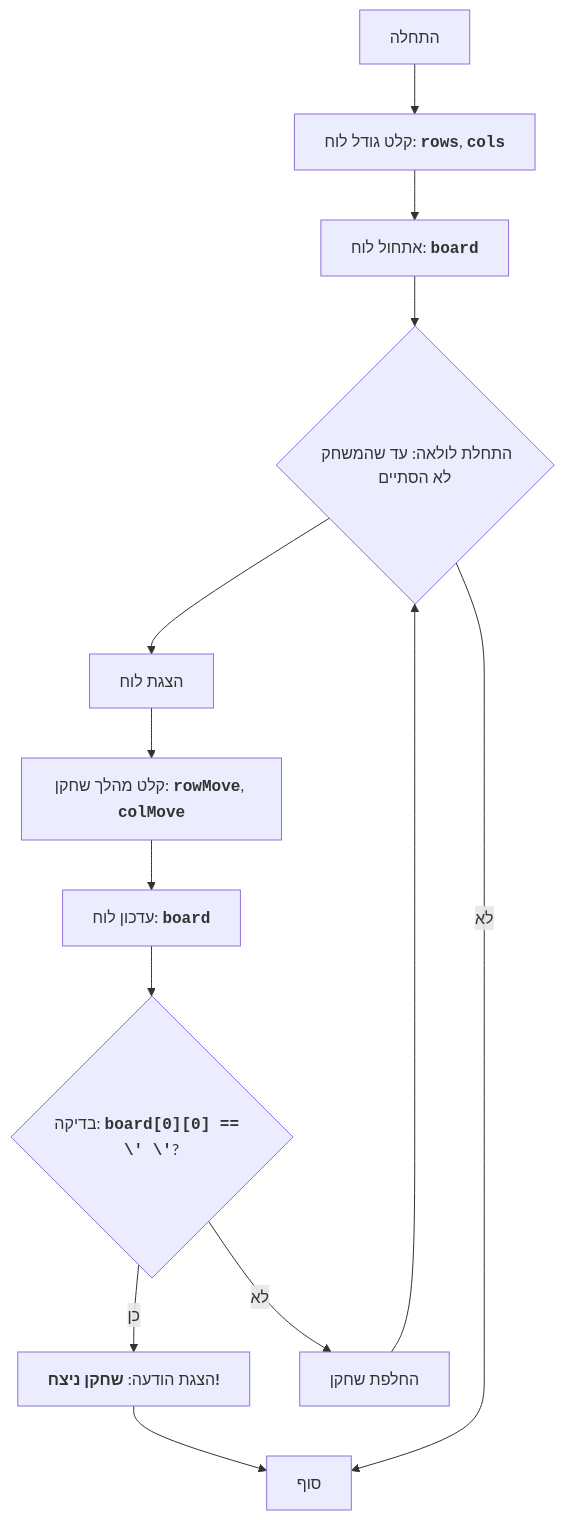
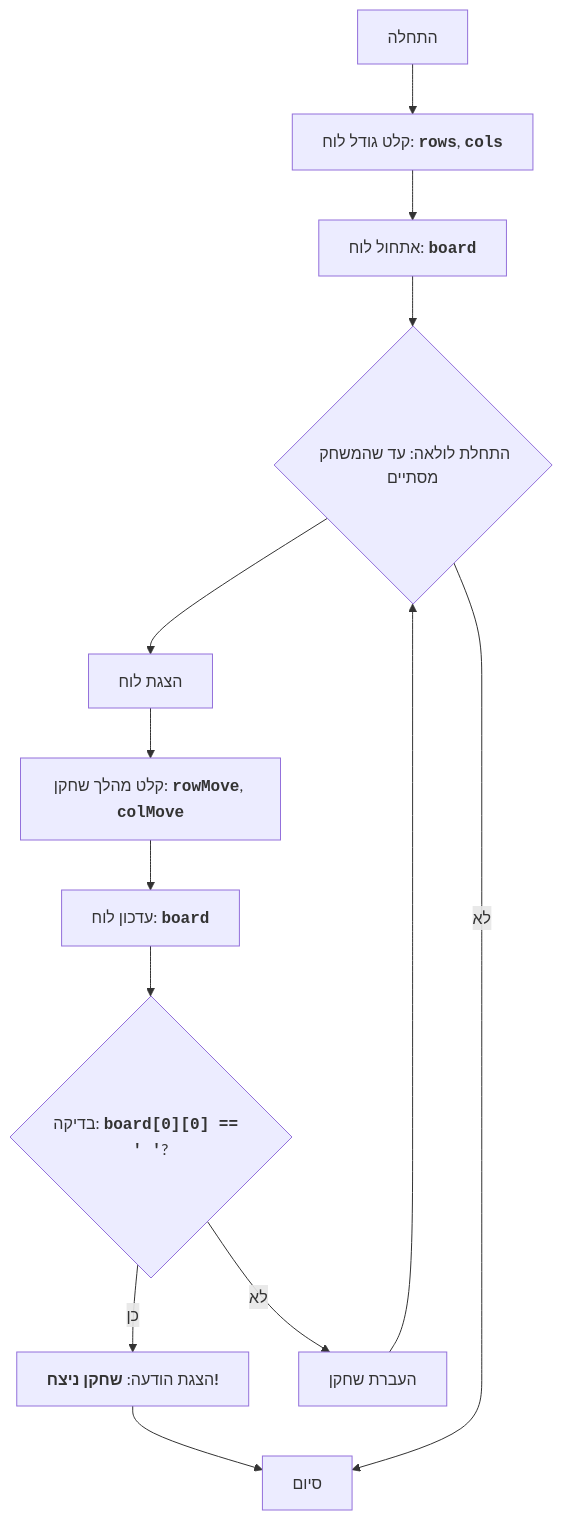
The diagram in docs/gemini/he/doc/src/endpoints/ai_games/101_basic_computer_games/ru/GAMES/CHOMP/README.MD.md (hypo69/hypo), drawn with Mermaid before and after one commit. The commit also changed other lines of this file and 885 other files, not shown here.

````diff
--- a/docs/gemini/he/doc/src/endpoints/ai_games/101_basic_computer_games/ru/GAMES/CHOMP/README.MD.md
+++ b/docs/gemini/he/doc/src/endpoints/ai_games/101_basic_computer_games/ru/GAMES/CHOMP/README.MD.md
@@ -42,15 +40,15 @@
 ```mermaid
 flowchart TD
     Start["התחלה"] --> InputBoardSize["קלט גודל לוח: <code><b>rows</b></code>, <code><b>cols</b></code>"]
     InputBoardSize --> InitializeBoard["אתחול לוח: <code><b>board</b></code>"]
-    InitializeBoard --> LoopStart{"התחלת לולאה: עד שהמשחק לא הסתיים"}
+    InitializeBoard --> LoopStart{"התחלת לולאה: עד שהמשחק מסתיים"}
     LoopStart --> DisplayBoard["הצגת לוח"]
     DisplayBoard --> InputMove["קלט מהלך שחקן: <code><b>rowMove</b></code>, <code><b>colMove</b></code>"]
     InputMove --> UpdateBoard["עדכון לוח: <code><b>board</b></code>"]
-    UpdateBoard --> CheckWin{"בדיקה: <code><b>board[0][0] == \' \'</b></code>?"}
+    UpdateBoard --> CheckWin{"בדיקה: <code><b>board[0][0] == ' '</b></code>?"}
     CheckWin -- כן --> OutputWinner["הצגת הודעה: <b>שחקן ניצח!</b>"]
-    OutputWinner --> End["סוף"]
-    CheckWin -- לא --> SwitchPlayer["החלפת שחקן"]
+    OutputWinner --> End["סיום"]
+    CheckWin -- לא --> SwitchPlayer["העברת שחקן"]
     SwitchPlayer --> LoopStart
     LoopStart -- לא --> End
 ```
````
